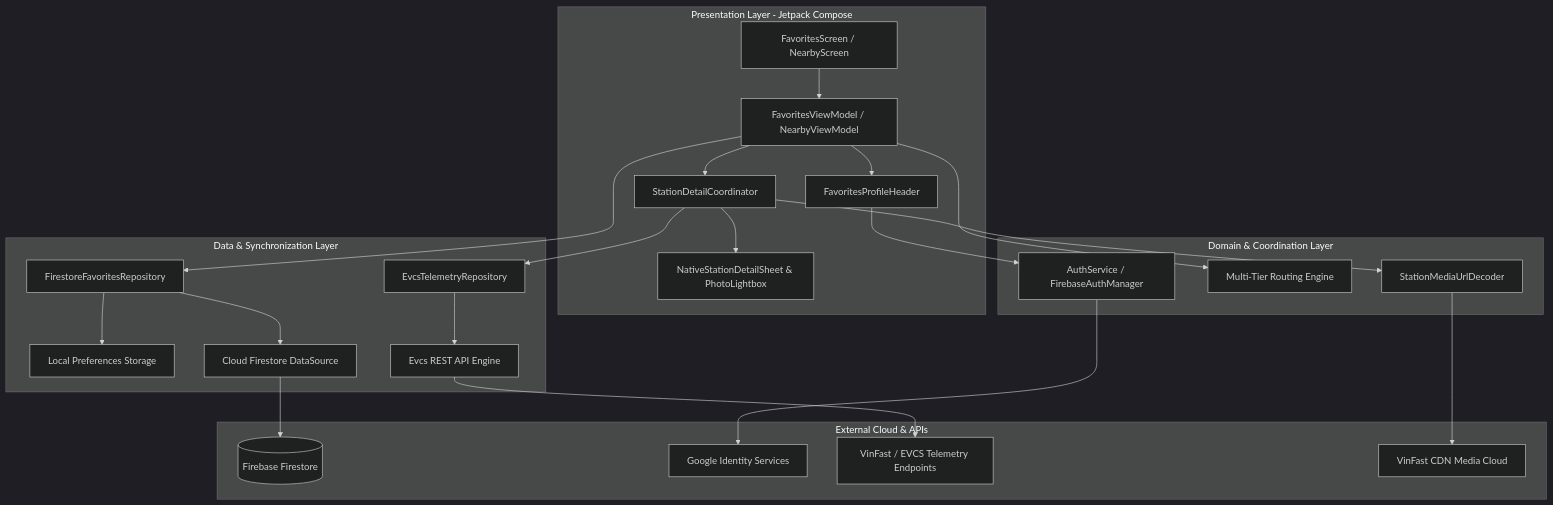
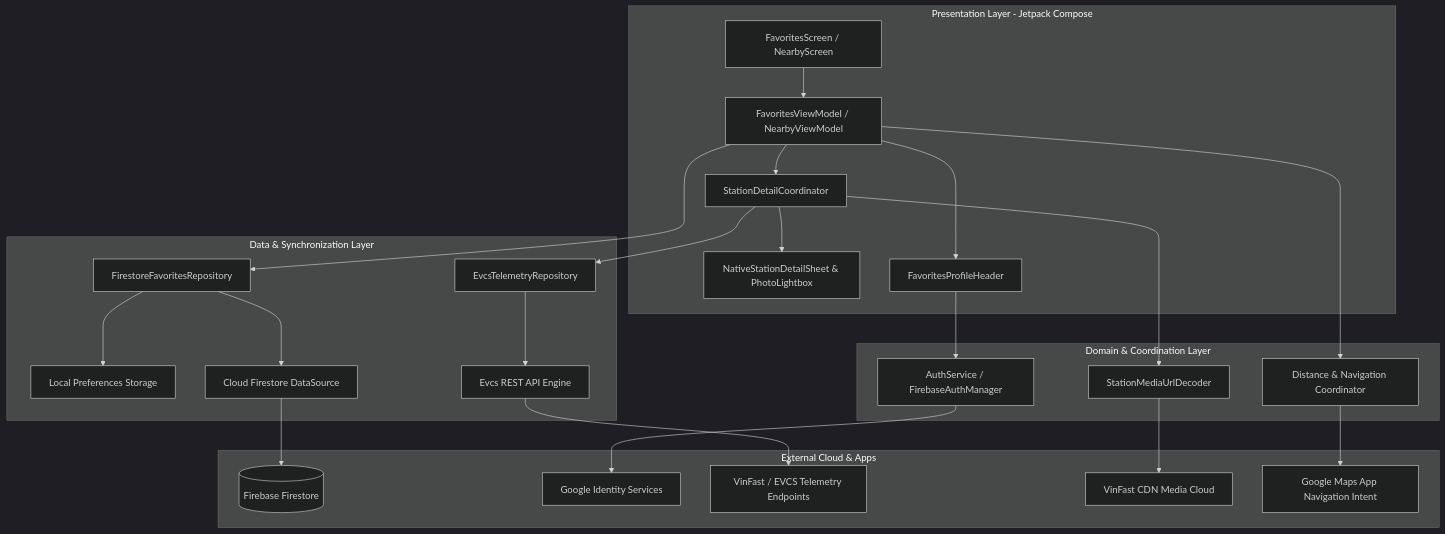
Before and after one commit to skul9x/EV-Plus: the diagram in README.md, drawn with Mermaid (dark theme). The commit also changed other lines of this file, not shown here.

Commit message:
docs: remove Google Routes API v2 references from README, align with 1-Tap Maps Intent & OSRM

````diff
--- a/README.md
+++ b/README.md
@@ -82,30 +82,31 @@
 ```mermaid
 graph TD
     subgraph UI_Layer [Presentation Layer - Jetpack Compose]
         A[FavoritesScreen / NearbyScreen] --> B[FavoritesViewModel / NearbyViewModel]
         B --> C[StationDetailCoordinator]
         C --> D[NativeStationDetailSheet & PhotoLightbox]
         B --> P[FavoritesProfileHeader]
     end
 
     subgraph Domain_Layer [Domain & Coordination Layer]
         C --> E[StationMediaUrlDecoder]
-        B --> F[Multi-Tier Routing Engine]
+        B --> F[Distance & Navigation Coordinator]
         P --> G[AuthService / FirebaseAuthManager]
     end
 
     subgraph Data_Layer [Data & Synchronization Layer]
         B --> H[FirestoreFavoritesRepository]
         H --> I[Local Preferences Storage]
         H --> J[Cloud Firestore DataSource]
         C --> K[EvcsTelemetryRepository]
         K --> L[Evcs REST API Engine]
     end
 
-    subgraph External_Services [External Cloud & APIs]
+    subgraph External_Services [External Cloud & Apps]
         J --> M[(Firebase Firestore)]
         G --> N[Google Identity Services]
         L --> O[VinFast / EVCS Telemetry Endpoints]
         E --> Q[VinFast CDN Media Cloud]
+        F --> R[Google Maps App Navigation Intent]
     end
 ```
````
